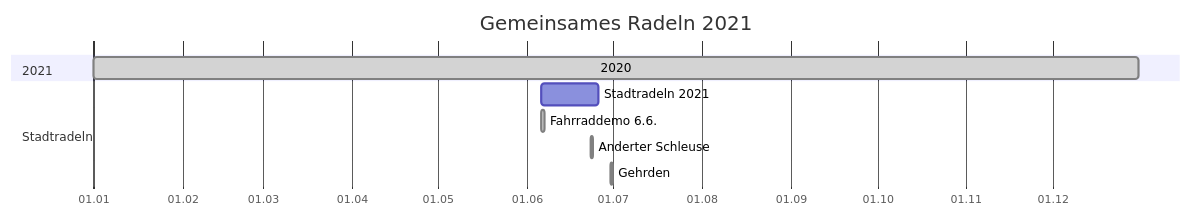
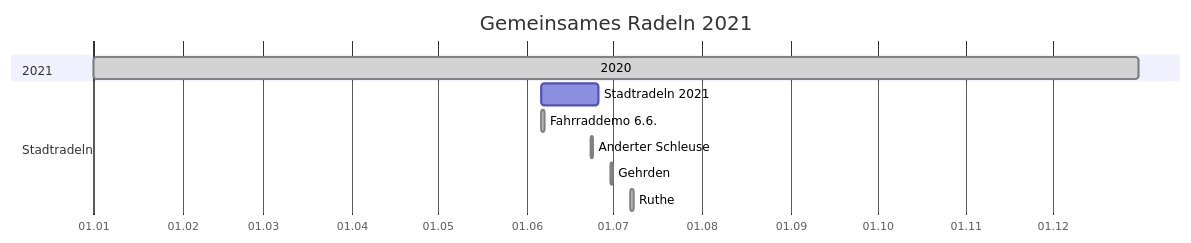
One commit to adfc-hemmingen-pattensen/adfc-hemmingen-pattensen.github.io changed the first of 2 diagrams in index.md. Above: the diagram before and after it, drawn with Mermaid. The commit also changed other lines of this file and 1 other file, not shown here.

````diff
--- a/index.md
+++ b/index.md
@@ -216,15 +216,16 @@
 ``` mermaid
 gantt
 dateFormat  YYYY-MM-DD
 title Gemeinsames Radeln 2021
 axisFormat  %d.%m
 
 section 2021
 2020: done, 2021-01-01, 2021-12-31
 section Stadtradeln
 Stadtradeln 2021:  2021-06-06, 2021-06-26
 Fahrraddemo 6.6.:  done, 2021-06-06, 1d
 Anderter Schleuse: done, 2021-06-23, 1d
 Gehrden:           done, 2021-06-30, 1d
+Ruthe:             done, 2021-07-07, 1d
 
 ```
````
